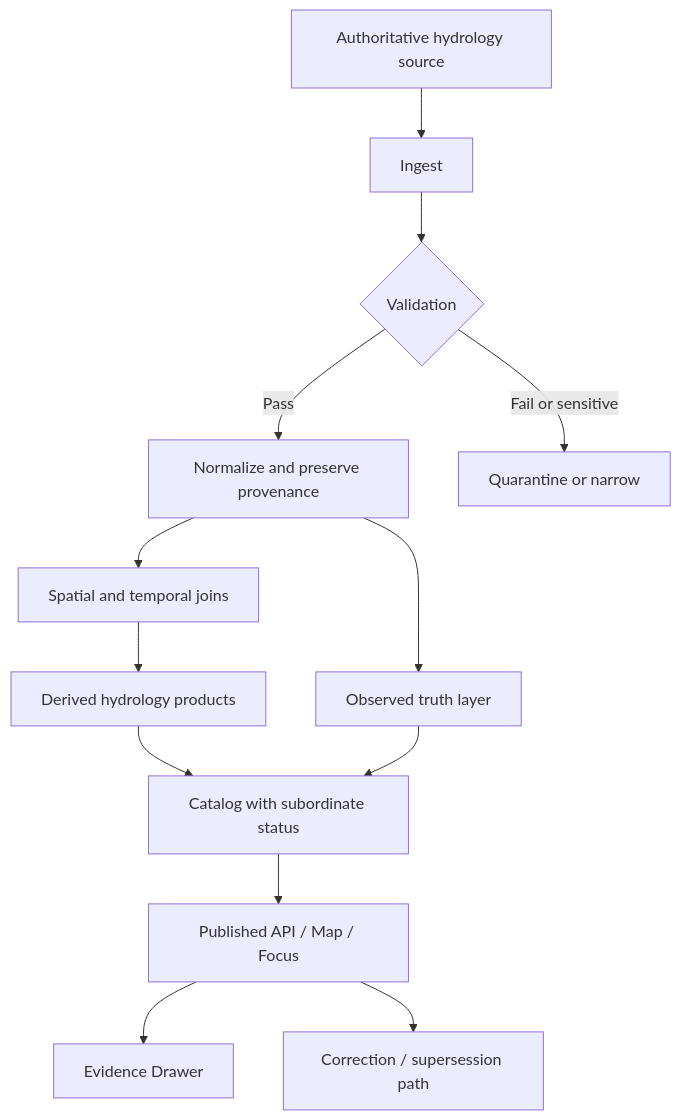
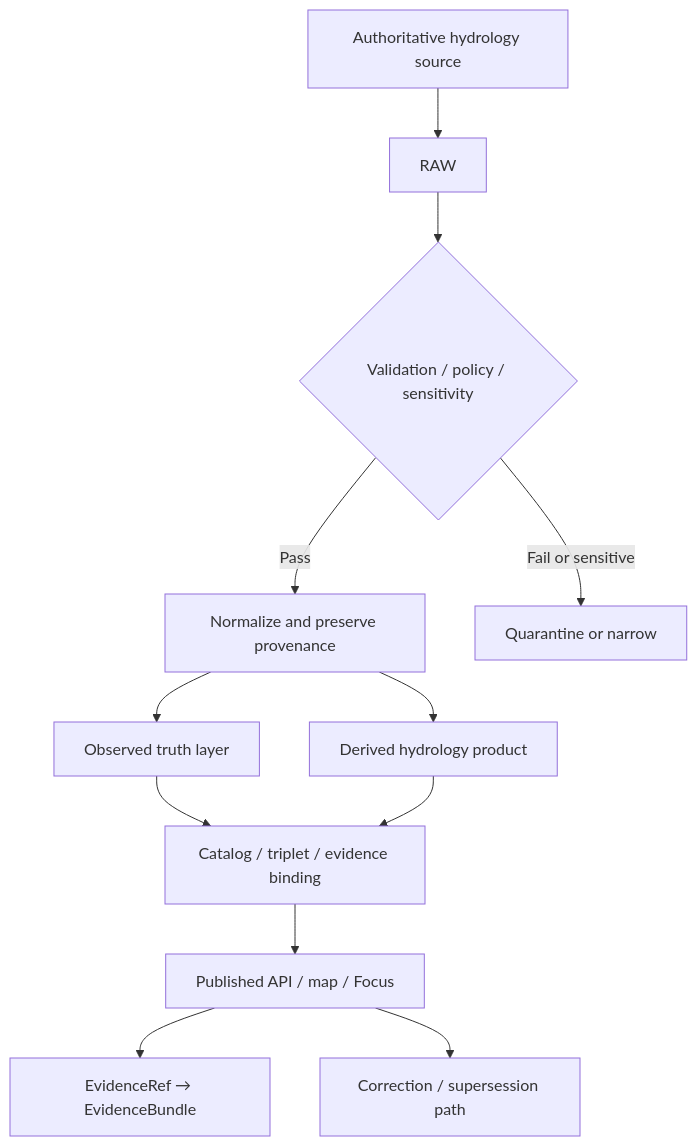
Before and after one commit to bartytime4life/Kansas-Frontier-Matrix: the second of 2 diagrams in docs/domains/hydrology/README.md, drawn with Mermaid. The commit also changed other lines of this file, not shown here.

First line of the commit message:
Revise hydrology README metadata and content

````diff
--- a/docs/domains/hydrology/README.md
+++ b/docs/domains/hydrology/README.md
@@ -413,15 +348,14 @@
 ```mermaid
 flowchart TD
-    A[Authoritative hydrology source] --> B[Ingest]
-    B --> C{Validation}
+    A[Authoritative hydrology source] --> B[RAW]
+    B --> C{Validation / policy / sensitivity}
     C -->|Pass| D[Normalize and preserve provenance]
     C -->|Fail or sensitive| E[Quarantine or narrow]
-    D --> F[Spatial and temporal joins]
-    F --> G[Derived hydrology products]
-    D --> H[Observed truth layer]
-    G --> I[Catalog with subordinate status]
-    H --> I
-    I --> J[Published API / Map / Focus]
-    J --> K[Evidence Drawer]
-    J --> L[Correction / supersession path]
+    D --> F[Observed truth layer]
+    D --> G[Derived hydrology product]
+    F --> H[Catalog / triplet / evidence binding]
+    G --> H
+    H --> I[Published API / map / Focus]
+    I --> J[EvidenceRef → EvidenceBundle]
+    I --> K[Correction / supersession path]
 ```
````
